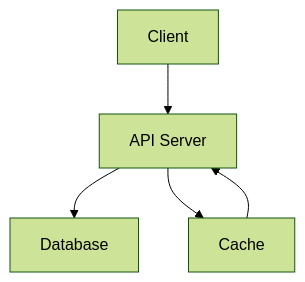
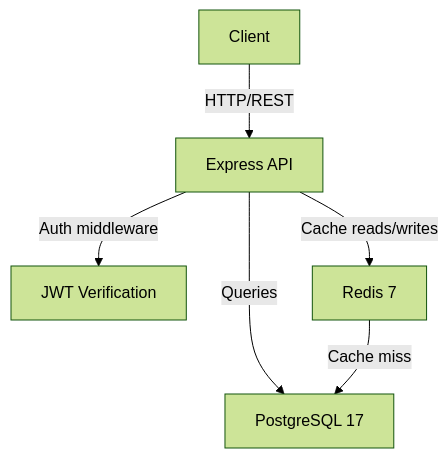
Before and after one commit to vbonk/repo-template-example: the first of 2 diagrams in docs/ARCHITECTURE.md, drawn with Mermaid (forest theme). The commit also changed other lines of this file and 20 other files, not shown here.

````diff
--- a/docs/ARCHITECTURE.md
+++ b/docs/ARCHITECTURE.md
@@ -10,7 +9,8 @@
 ```mermaid
 graph TD
-    A[Client] --> B[API Server]
-    B --> C[Database]
-    B --> D[Cache]
-    D --> B
+    A[Client] -->|HTTP/REST| B[Express API]
+    B -->|Auth middleware| C[JWT Verification]
+    B -->|Queries| D[PostgreSQL 17]
+    B -->|Cache reads/writes| E[Redis 7]
+    E -->|Cache miss| D
 ```
````
